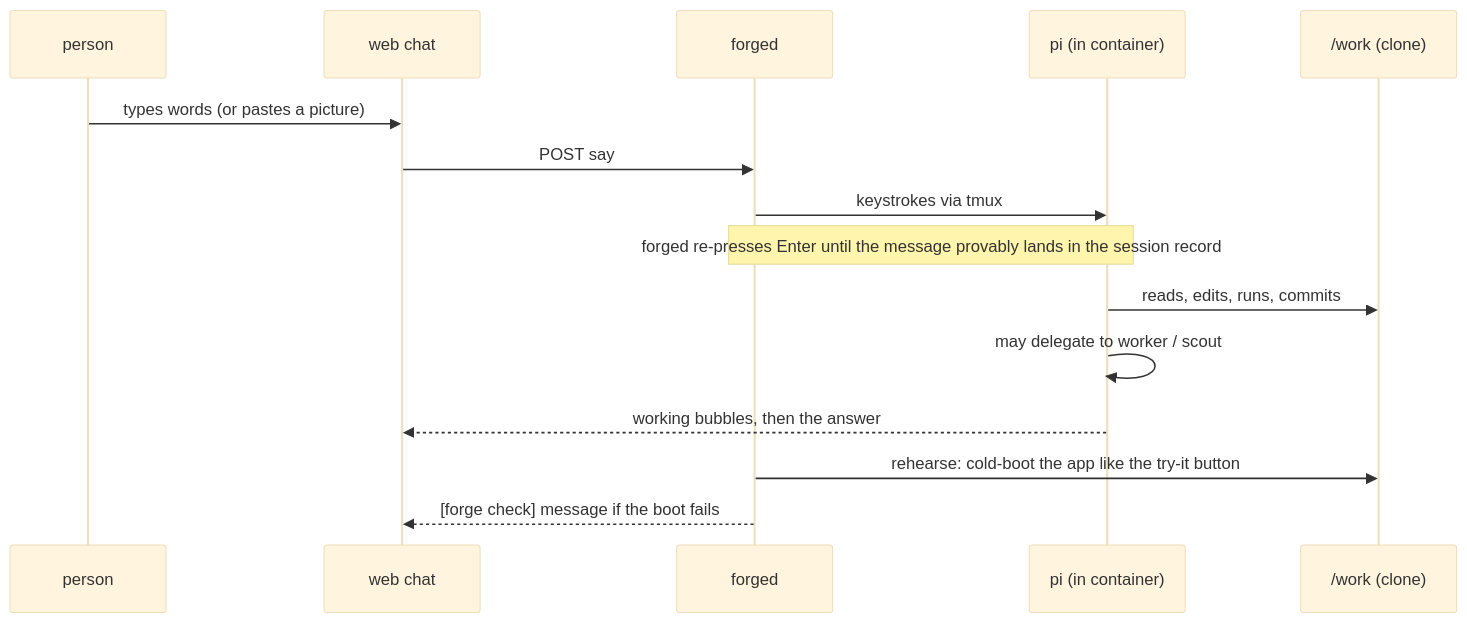
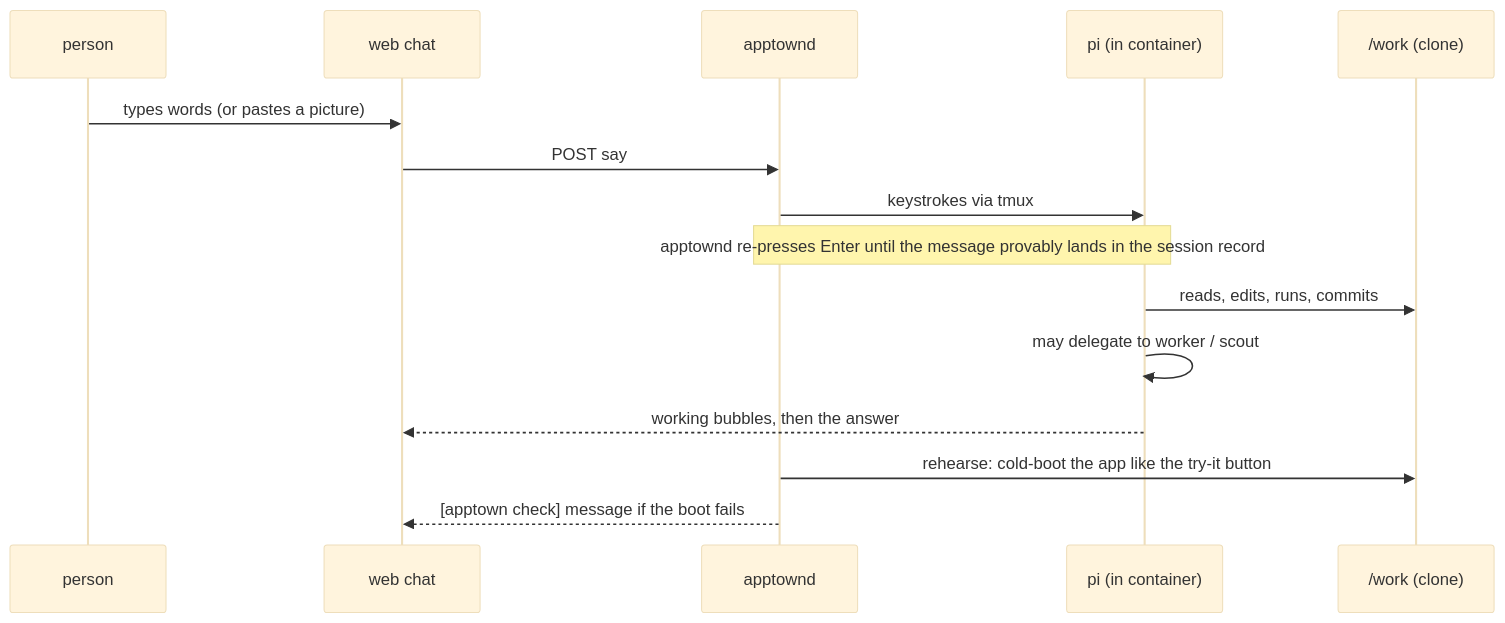
Before and after one commit to flokkit/apptown: the fourth of 14 diagrams in stock/docs/guides/architecture.md, drawn with Mermaid (base theme). The commit also changed other lines of this file and 483 other files, not shown here.

````diff
--- a/stock/docs/guides/architecture.md
+++ b/stock/docs/guides/architecture.md
@@ -211,17 +211,17 @@
 ```mermaid
 sequenceDiagram
     participant P as person
     participant UI as web chat
-    participant F as forged
+    participant F as apptownd
     participant Pi as pi (in container)
     participant WS as /work (clone)
     P->>UI: types words (or pastes a picture)
     UI->>F: POST say
     F->>Pi: keystrokes via tmux
-    Note over F,Pi: forged re-presses Enter until the message provably lands in the session record
+    Note over F,Pi: apptownd re-presses Enter until the message provably lands in the session record
     Pi->>WS: reads, edits, runs, commits
     Pi->>Pi: may delegate to worker / scout
     Pi-->>UI: working bubbles, then the answer
     F->>WS: rehearse: cold-boot the app like the try-it button
-    F-->>UI: [forge check] message if the boot fails
+    F-->>UI: [apptown check] message if the boot fails
 ```
````
